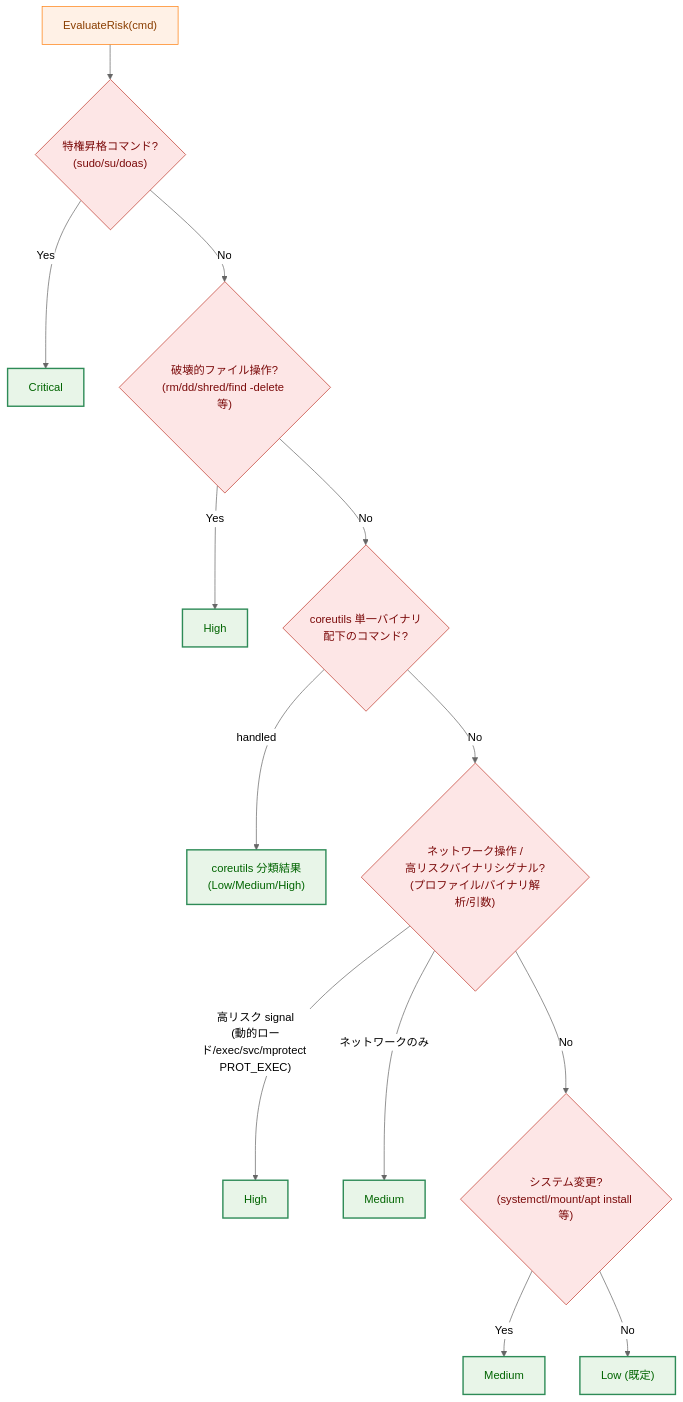
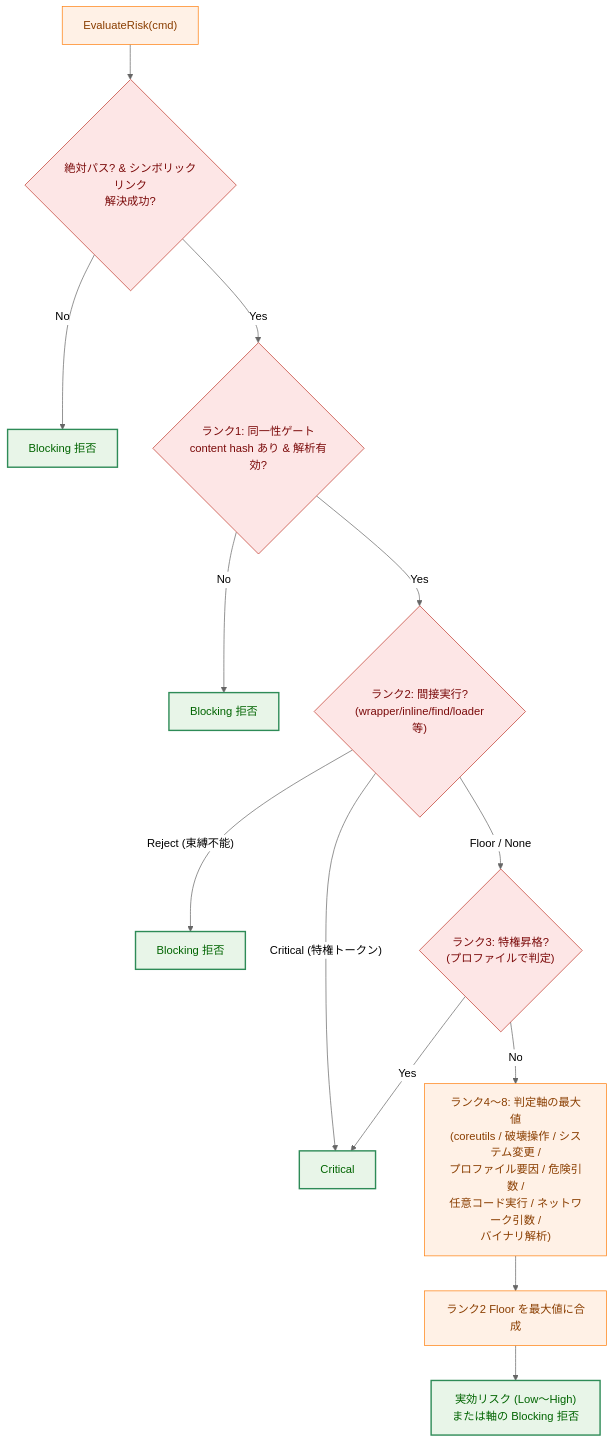
One commit to isseis/go-safe-cmd-runner changed the fourth of 5 diagrams in docs/dev/architecture_design/command-risk-evaluation.ja.md. Above: the diagram before and after it, drawn with Mermaid (neutral theme). The commit also changed other lines of this file, not shown here.

First line of the commit message:
docs: update command risk evaluation guide (Japanese) to match current source

````diff
--- a/docs/dev/architecture_design/command-risk-evaluation.ja.md
+++ b/docs/dev/architecture_design/command-risk-evaluation.ja.md
@@ -119,23 +132,23 @@
 ```mermaid
 flowchart TD
     classDef process fill:#fff1e6,stroke:#ff7f0e,stroke-width:1px,color:#8a3e00;
     classDef decision fill:#fde6e6,stroke:#c0392b,stroke-width:1px,color:#7b0a0a;
     classDef result fill:#e8f5e8,stroke:#2e8b57,stroke-width:2px,color:#006400;
 
-    S["EvaluateRisk(cmd)"] --> P1{"特権昇格コマンド?<br>(sudo/su/doas)"}
-    P1 -->|"Yes"| RC["Critical"]
-    P1 -->|"No"| P2{"破壊的ファイル操作?<br>(rm/dd/shred/find -delete 等)"}
-    P2 -->|"Yes"| RH1["High"]
-    P2 -->|"No"| P3{"coreutils 単一バイナリ<br>配下のコマンド?"}
-    P3 -->|"handled"| RCU["coreutils 分類結果<br>(Low/Medium/High)"]
-    P3 -->|"No"| P4{"ネットワーク操作 /<br>高リスクバイナリシグナル?<br>(プロファイル/バイナリ解析/引数)"}
-    P4 -->|"高リスク signal<br>(動的ロード/exec/svc/mprotect PROT_EXEC)"| RH2["High"]
-    P4 -->|"ネットワークのみ"| RM1["Medium"]
-    P4 -->|"No"| P5{"システム変更?<br>(systemctl/mount/apt install 等)"}
-    P5 -->|"Yes"| RM2["Medium"]
-    P5 -->|"No"| RL["Low (既定)"]
+    S["EvaluateRisk(cmd)"] --> G0{"絶対パス? & シンボリックリンク<br>解決成功?"}
+    G0 -->|"No"| BR0["Blocking 拒否"]
+    G0 -->|"Yes"| G1{"ランク1: 同一性ゲート<br>content hash あり & 解析有効?"}
+    G1 -->|"No"| BR1["Blocking 拒否"]
+    G1 -->|"Yes"| G2{"ランク2: 間接実行?<br>(wrapper/inline/find/loader等)"}
+    G2 -->|"Critical (特権トークン)"| RC["Critical"]
+    G2 -->|"Reject (束縛不能)"| BR2["Blocking 拒否"]
+    G2 -->|"Floor / None"| G3{"ランク3: 特権昇格?<br>(プロファイルで判定)"}
+    G3 -->|"Yes"| RC
+    G3 -->|"No"| DIM["ランク4〜8: 判定軸の最大値<br>(coreutils / 破壊操作 / システム変更 /<br>プロファイル要因 / 危険引数 /<br>任意コード実行 / ネットワーク引数 /<br>バイナリ解析)"]
+    DIM --> FLOOR["ランク2 Floor を最大値に合成"]
+    FLOOR --> RES["実効リスク (Low〜High)<br>または軸の Blocking 拒否"]
 
-    class S process;
-    class P1,P2,P3,P4,P5 decision;
-    class RC,RH1,RH2,RM1,RM2,RCU,RL result;
+    class S,DIM,FLOOR process;
+    class G0,G1,G2,G3 decision;
+    class RC,RES,BR0,BR1,BR2 result;
 ```
````
